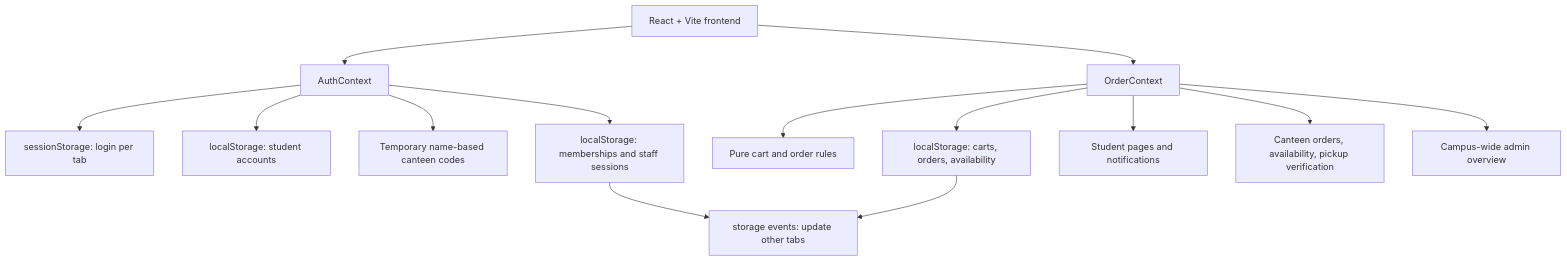
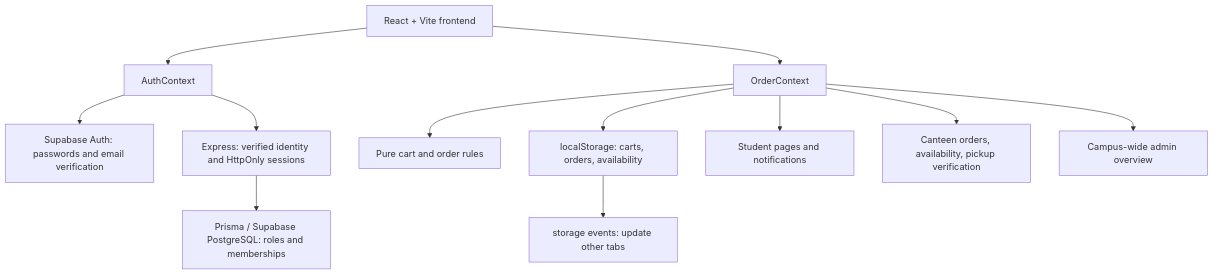
The first of 3 diagrams in architecture.md (tanu15-png/Build_BV), drawn with Mermaid before and after one commit. The commit also changed other lines of this file and 100 other files, not shown here.

````diff
--- a/architecture.md
+++ b/architecture.md
@@ -7,16 +7,14 @@
 ```mermaid
 flowchart TD
     UI[React + Vite frontend] --> Auth[AuthContext]
     UI --> Orders[OrderContext]
-    Auth --> Session[sessionStorage: login per tab]
-    Auth --> Accounts[localStorage: student accounts]
-    Auth --> Codes[Temporary name-based canteen codes]
-    Auth --> Members[localStorage: memberships and staff sessions]
+    Auth --> Supabase[Supabase Auth: passwords and email verification]
+    Auth --> API[Express: verified identity and HttpOnly sessions]
+    API --> DB[Prisma / Supabase PostgreSQL: roles and memberships]
     Orders --> Rules[Pure cart and order rules]
     Orders --> Storage[localStorage: carts, orders, availability]
     Storage --> Sync[storage events: update other tabs]
-    Members --> Sync
     Orders --> Student[Student pages and notifications]
     Orders --> Canteen[Canteen orders, availability, pickup verification]
     Orders --> Admin[Campus-wide admin overview]
 ```
````
